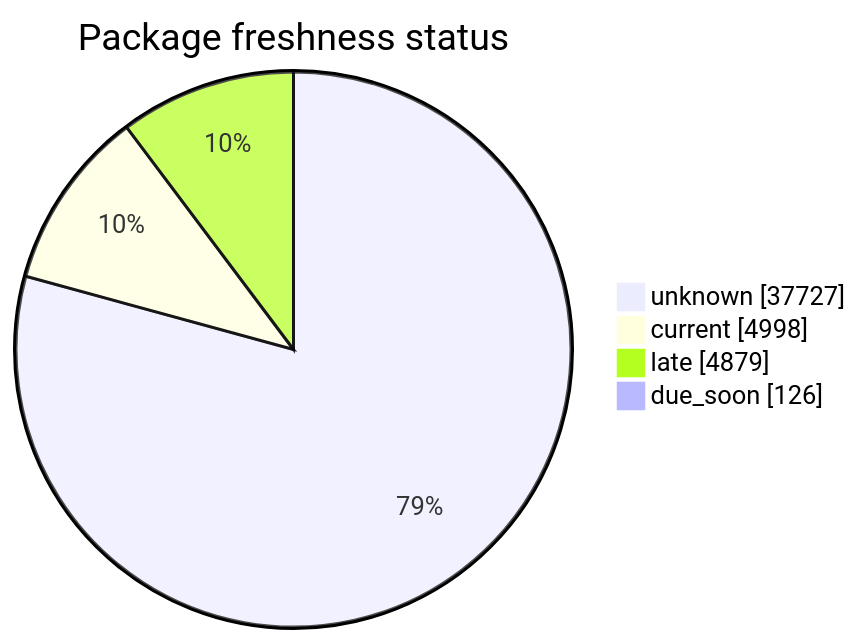
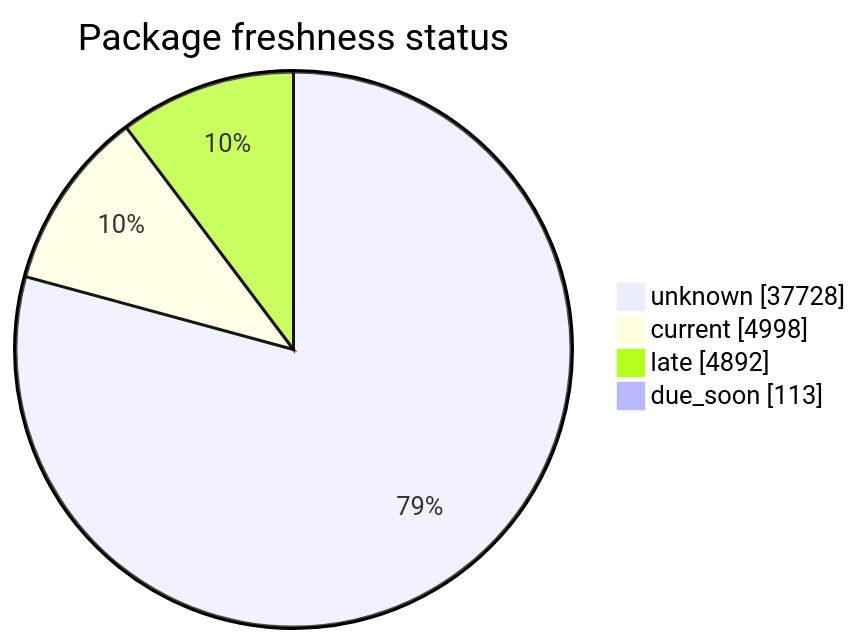
One commit to open-data/analytics-corporate-reporting changed the second of 5 diagrams in FreshCheck/README.md. Above: the diagram before and after it, drawn with Mermaid. The commit also changed other lines of this file and 3 other files, not shown here.

````diff
--- a/FreshCheck/README.md
+++ b/FreshCheck/README.md
@@ -68,7 +68,7 @@
 ```mermaid
 pie showData title Package freshness status
-    "unknown": 37727
+    "unknown": 37728
     "current": 4998
-    "late": 4879
-    "due_soon": 126
+    "late": 4892
+    "due_soon": 113
 ```
````
